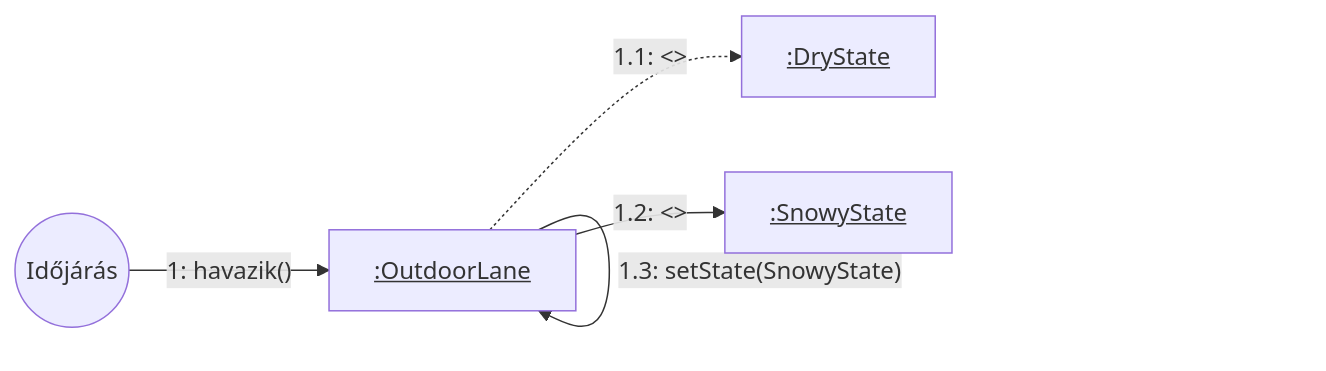
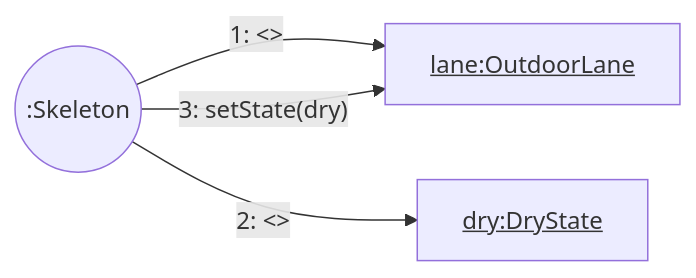
Before and after one commit to toth-andor/UneNotteANapoli: the diagram in docs/05/kommunikacios_diagrammok/01-havazas.md, drawn with Mermaid.

Commit message:
01 javitva

````diff
--- a/docs/05/kommunikacios_diagrammok/01-havazas.md
+++ b/docs/05/kommunikacios_diagrammok/01-havazas.md
@@ -1,12 +1,10 @@
 ```mermaid 
 graph LR
-    A((Időjárás))
-    Lane[<u>:OutdoorLane</u>]
-    Dry[<u>:DryState</u>]
-    Snowy[<u>:SnowyState</u>]
+    SK((:Skeleton))
+    OL[<u>lane:OutdoorLane</u>]
+    DS[<u>dry:DryState</u>]
 
-    A -- "1: havazik()" --> Lane
-    Lane -. "1.1: <<megszüntet>>" .-> Dry
-    Lane -- "1.2: <<létrehoz>>" --> Snowy
-    Lane -- "1.3: setState(SnowyState)" --> Lane
+    SK -- "1: <<create>>" --> OL
+    SK -- "2: <<create>>" --> DS
+    SK -- "3: setState(dry)" --> OL
 ```
````
